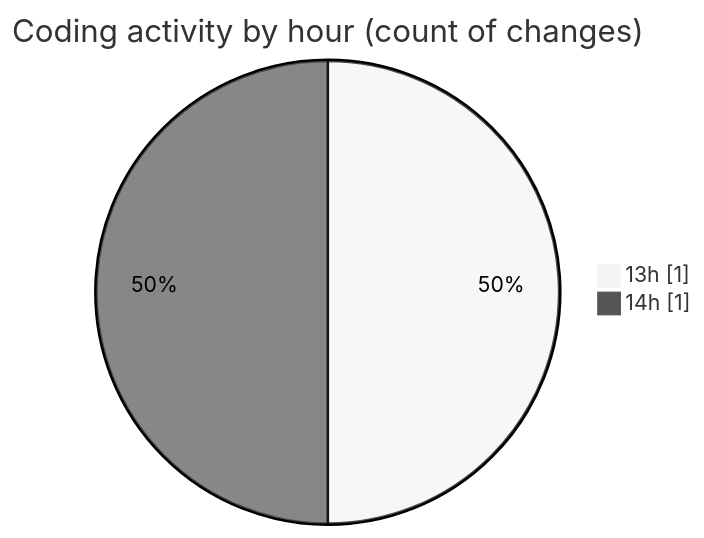
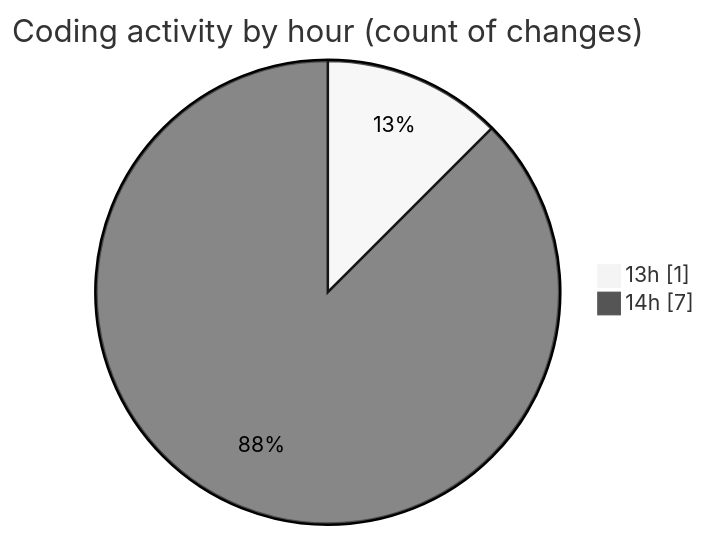
One commit to idhammustaqopulfikri/code-tracking changed the second of 2 diagrams in 2025-11-01/futsal_rekomendasi/README.md. Above: the diagram before and after it, drawn with Mermaid (neutral theme). The commit also changed other lines of this file and 1 other file, not shown here.

````diff
--- a/2025-11-01/futsal_rekomendasi/README.md
+++ b/2025-11-01/futsal_rekomendasi/README.md
@@ -30,6 +35,6 @@
 ```mermaid
 pie showData
 title Coding activity by hour (count of changes)
 "13h" : 1
-"14h" : 1
+"14h" : 7
 ```
````
